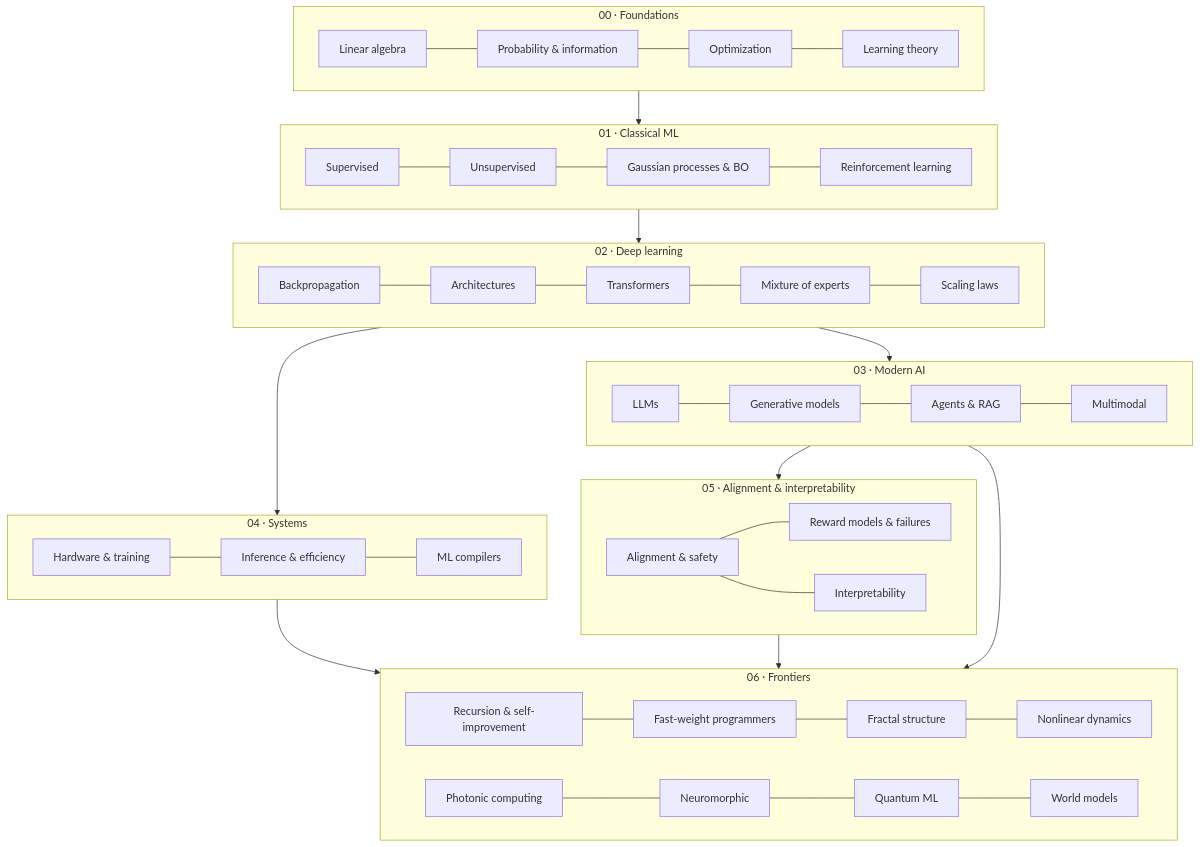
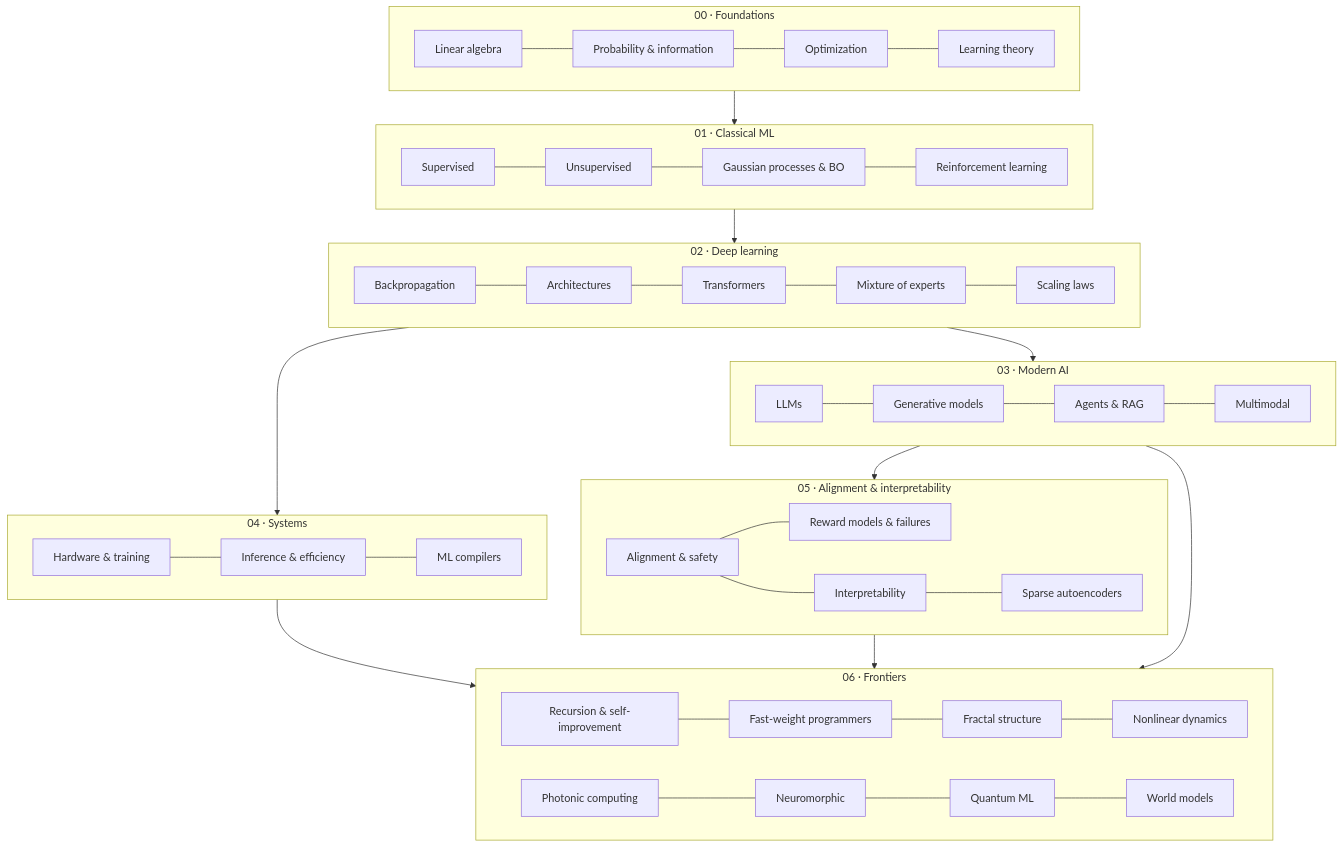
Before and after one commit to marcpoliquin5/understanding-ai: the diagram in README.md, drawn with Mermaid. The commit also changed other lines of this file and 6 other files, not shown here.

Commit message:
Add Sparse autoencoders and the dictionary of features page (Interpretability) with 29 new checked references

````diff
--- a/README.md
+++ b/README.md
@@ -30,32 +30,32 @@
 ```mermaid
 flowchart TB
     subgraph F[00 · Foundations]
         F1[Linear algebra] --- F2[Probability & information] --- F3[Optimization] --- F4[Learning theory]
     end
     subgraph C[01 · Classical ML]
         C1[Supervised] --- C2[Unsupervised] --- C4[Gaussian processes & BO] --- C3[Reinforcement learning]
     end
     subgraph D[02 · Deep learning]
         D1[Backpropagation] --- D2[Architectures] --- D3[Transformers] --- D5[Mixture of experts] --- D4[Scaling laws]
     end
     subgraph M[03 · Modern AI]
         M1[LLMs] --- M2[Generative models] --- M3[Agents & RAG] --- M4[Multimodal]
     end
     subgraph S[04 · Systems]
         S1[Hardware & training] --- S2[Inference & efficiency] --- S3[ML compilers]
     end
     subgraph A[05 · Alignment & interpretability]
         A1[Alignment & safety] --- A3[Reward models & failures]
-        A1 --- A2[Interpretability]
+        A1 --- A2[Interpretability] --- A4[Sparse autoencoders]
     end
     subgraph X[06 · Frontiers]
         X1[Recursion & self-improvement] --- X1b[Fast-weight programmers] --- X2[Fractal structure] --- X3[Nonlinear dynamics]
         X4[Photonic computing] --- X5[Neuromorphic] --- X6[Quantum ML] --- X7[World models]
     end
     F --> C --> D --> M
     D --> S
     M --> A
     S --> X
     A --> X
     M --> X
 ```
````
